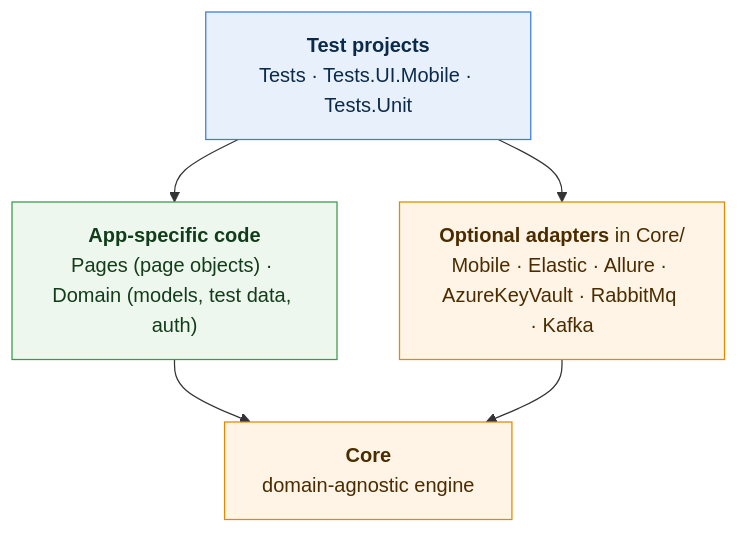
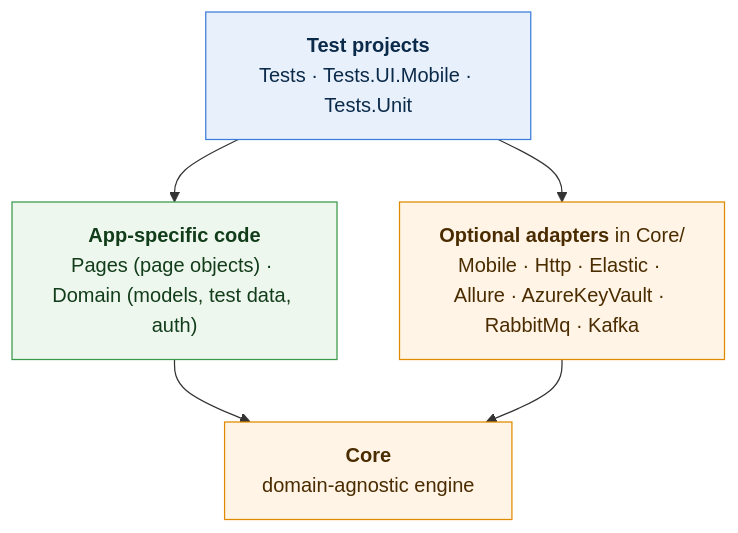
One commit to ravs788/complete-test-automation-fmw changed the first of 6 diagrams in docs/DIAGRAMS.md. Above: the diagram before and after it, drawn with Mermaid. The commit also changed other lines of this file and 34 other files, not shown here.

````diff
--- a/docs/DIAGRAMS.md
+++ b/docs/DIAGRAMS.md
@@ -20,19 +20,19 @@
 ```mermaid
 flowchart TB
     TESTS["<b>Test projects</b><br/>Tests · Tests.UI.Mobile · Tests.Unit"]
     APP["<b>App-specific code</b><br/>Pages (page objects) · Domain (models, test data, auth)"]
-    ADDONS["<b>Optional adapters</b> in Core/<br/>Mobile · Elastic · Allure · AzureKeyVault · RabbitMq · Kafka"]
+    ADDONS["<b>Optional adapters</b> in Core/<br/>Mobile · Http · Elastic · Allure · AzureKeyVault · RabbitMq · Kafka"]
     CORE["<b>Core</b><br/>domain-agnostic engine"]
 
     TESTS --> APP
     TESTS --> ADDONS
     APP --> CORE
     ADDONS --> CORE
 
     classDef test fill:#e8f1fb,stroke:#3b7dd8,color:#0b2a4a
     classDef app fill:#eef7ee,stroke:#3a9a4a,color:#123d1a
     classDef core fill:#fff4e5,stroke:#e08a00,color:#4a2c00
     class TESTS test
     class APP app
     class ADDONS,CORE core
 ```
````
